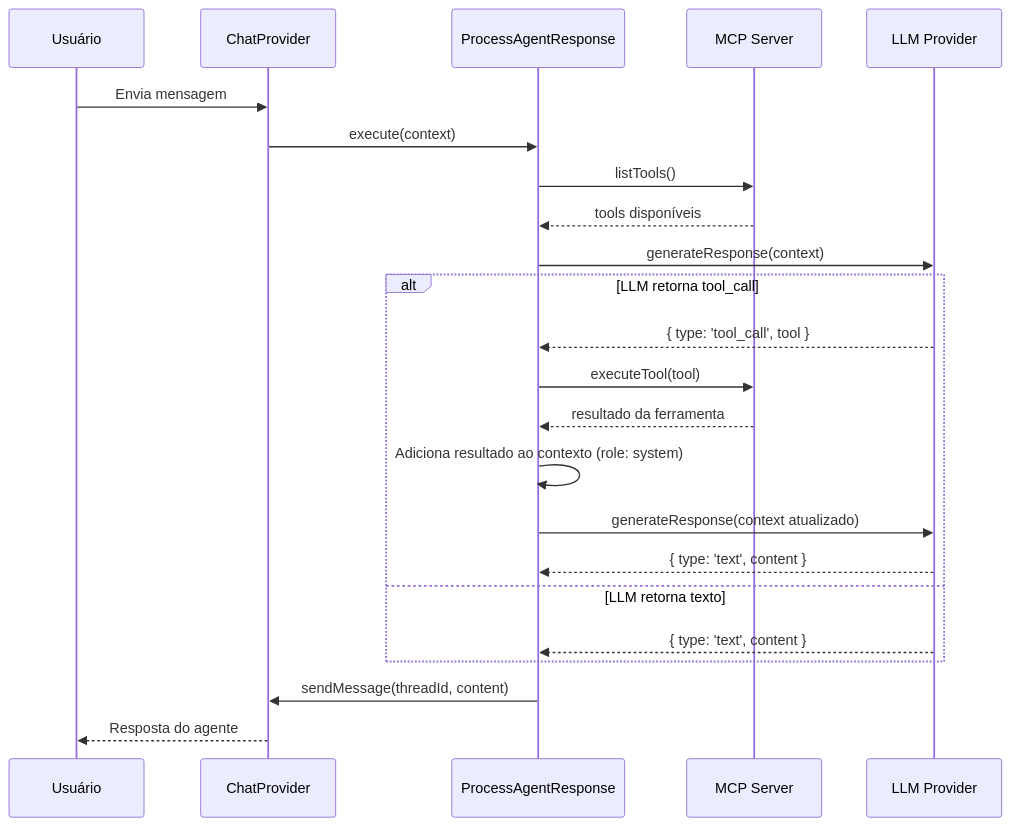
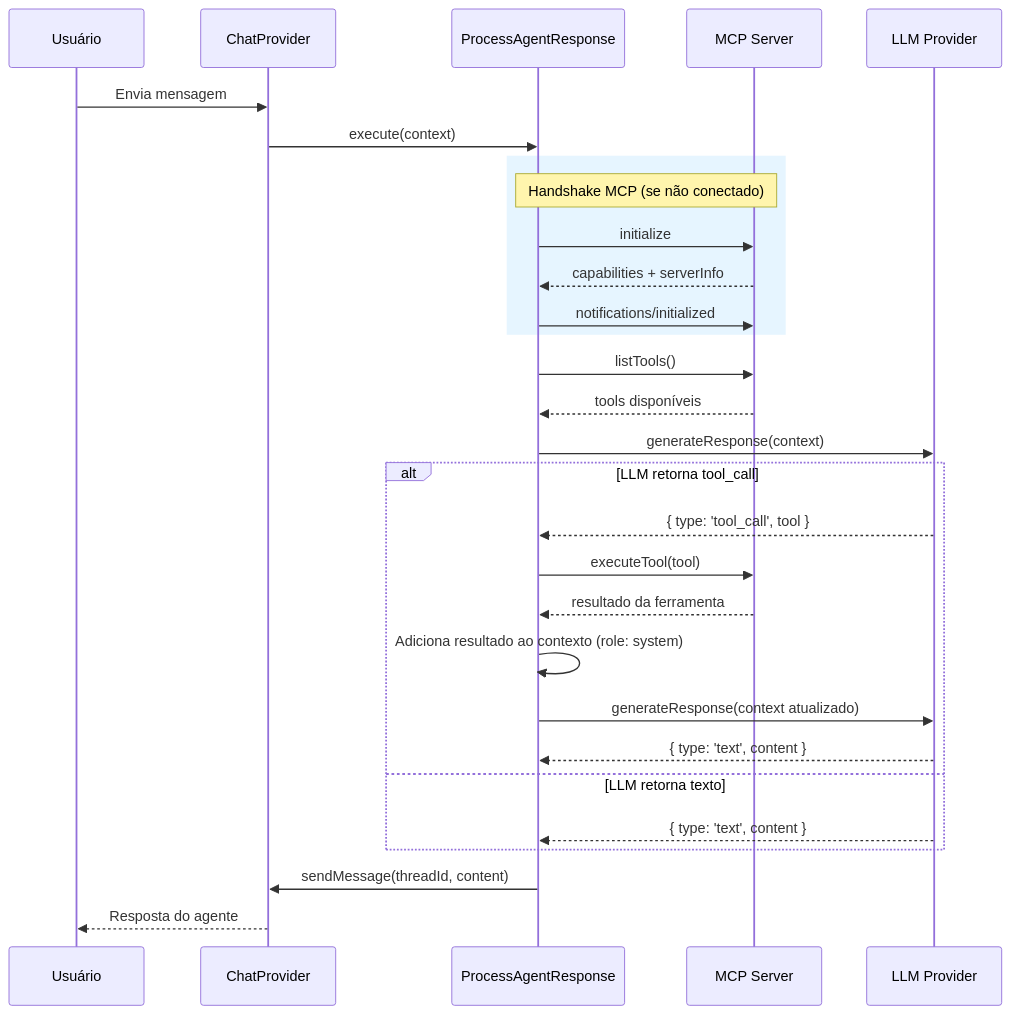
The diagram in README.md (luisfelix-93/support-agent), drawn with Mermaid before and after one commit. The commit also changed other lines of this file, not shown here.

````diff
--- a/README.md
+++ b/README.md
@@ -197,28 +226,36 @@
 ```mermaid
 sequenceDiagram
     participant User as Usuário
     participant Chat as ChatProvider
     participant UC as ProcessAgentResponse
     participant MCP as MCP Server
     participant LLM as LLM Provider
 
     User->>Chat: Envia mensagem
     Chat->>UC: execute(context)
+    
+    rect rgb(230, 245, 255)
+        Note over UC,MCP: Handshake MCP (se não conectado)
+        UC->>MCP: initialize
+        MCP-->>UC: capabilities + serverInfo
+        UC->>MCP: notifications/initialized
+    end
+    
     UC->>MCP: listTools()
     MCP-->>UC: tools disponíveis
     UC->>LLM: generateResponse(context)
     
     alt LLM retorna tool_call
         LLM-->>UC: { type: 'tool_call', tool }
         UC->>MCP: executeTool(tool)
         MCP-->>UC: resultado da ferramenta
         UC->>UC: Adiciona resultado ao contexto (role: system)
         UC->>LLM: generateResponse(context atualizado)
         LLM-->>UC: { type: 'text', content }
     else LLM retorna texto
         LLM-->>UC: { type: 'text', content }
     end
     
     UC->>Chat: sendMessage(threadId, content)
     Chat-->>User: Resposta do agente
 ```
````
